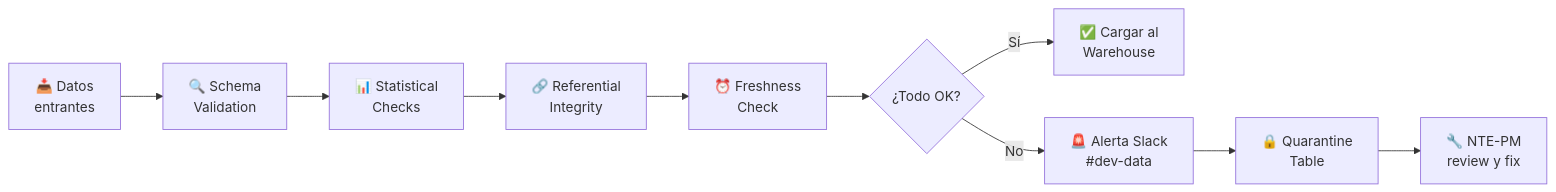
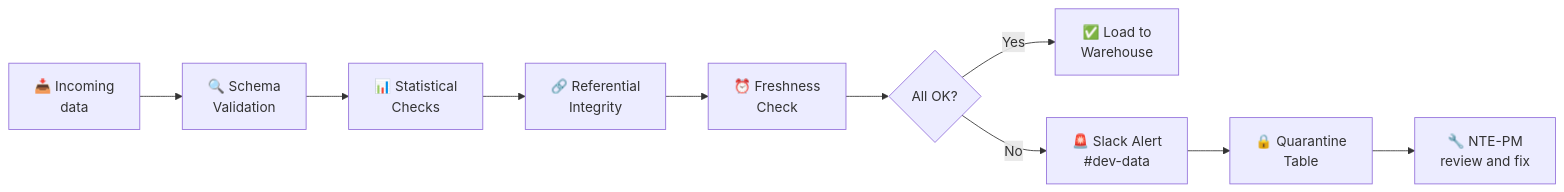
One commit to nissienterprise/nissi-openclaw-vps changed the third of 3 diagrams in documentation/03-agents/software-wing/nte-data.md. Above: the diagram before and after it, drawn with Mermaid. The commit also changed other lines of this file and 46 other files, not shown here.

````diff
--- a/documentation/03-agents/software-wing/nte-data.md
+++ b/documentation/03-agents/software-wing/nte-data.md
@@ -143,12 +143,12 @@
 ```mermaid
 flowchart LR
-    A["📥 Datos\nentrantes"] --> B["🔍 Schema\nValidation"]
+    A["📥 Incoming\ndata"] --> B["🔍 Schema\nValidation"]
     B --> C["📊 Statistical\nChecks"]
     C --> D["🔗 Referential\nIntegrity"]
     D --> E["⏰ Freshness\nCheck"]
-    E --> F{"¿Todo OK?"}
-    F -->|Sí| G["✅ Cargar al\nWarehouse"]
-    F -->|No| H["🚨 Alerta Slack\n#dev-data"]
+    E --> F{"All OK?"}
+    F -->|Yes| G["✅ Load to\nWarehouse"]
+    F -->|No| H["🚨 Slack Alert\n#dev-data"]
     H --> I["🔒 Quarantine\nTable"]
-    I --> J["🔧 NTE-PM\nreview y fix"]
+    I --> J["🔧 NTE-PM\nreview and fix"]
 ```
````
